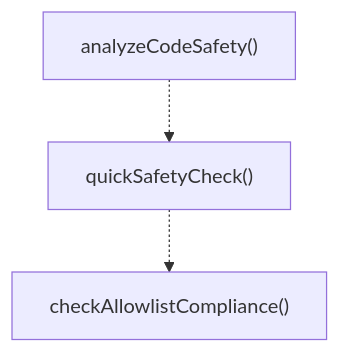
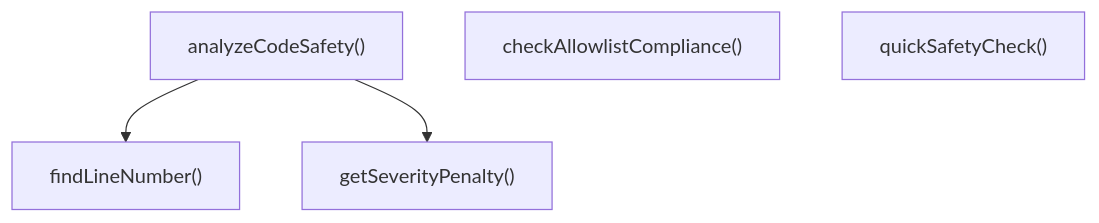
Before and after one commit to Mekann2904/mekann: the second of 2 diagrams in ABDD/.pi/lib/dynamic-tools/safety.md, drawn with Mermaid. The commit also changed other lines of this file and 277 other files, not shown here.

````diff
--- a/ABDD/.pi/lib/dynamic-tools/safety.md
+++ b/ABDD/.pi/lib/dynamic-tools/safety.md
@@ -61,8 +61,10 @@
 ```mermaid
 flowchart TD
   analyzeCodeSafety["analyzeCodeSafety()"]
+  checkAllowlistCompliance["checkAllowlistCompliance()"]
+  findLineNumber["findLineNumber()"]
+  getSeverityPenalty["getSeverityPenalty()"]
   quickSafetyCheck["quickSafetyCheck()"]
-  checkAllowlistCompliance["checkAllowlistCompliance()"]
-  analyzeCodeSafety -.-> quickSafetyCheck
-  quickSafetyCheck -.-> checkAllowlistCompliance
+  analyzeCodeSafety --> findLineNumber
+  analyzeCodeSafety --> getSeverityPenalty
 ```
````
